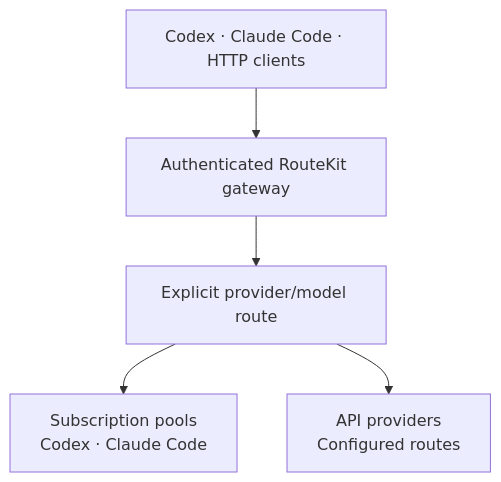
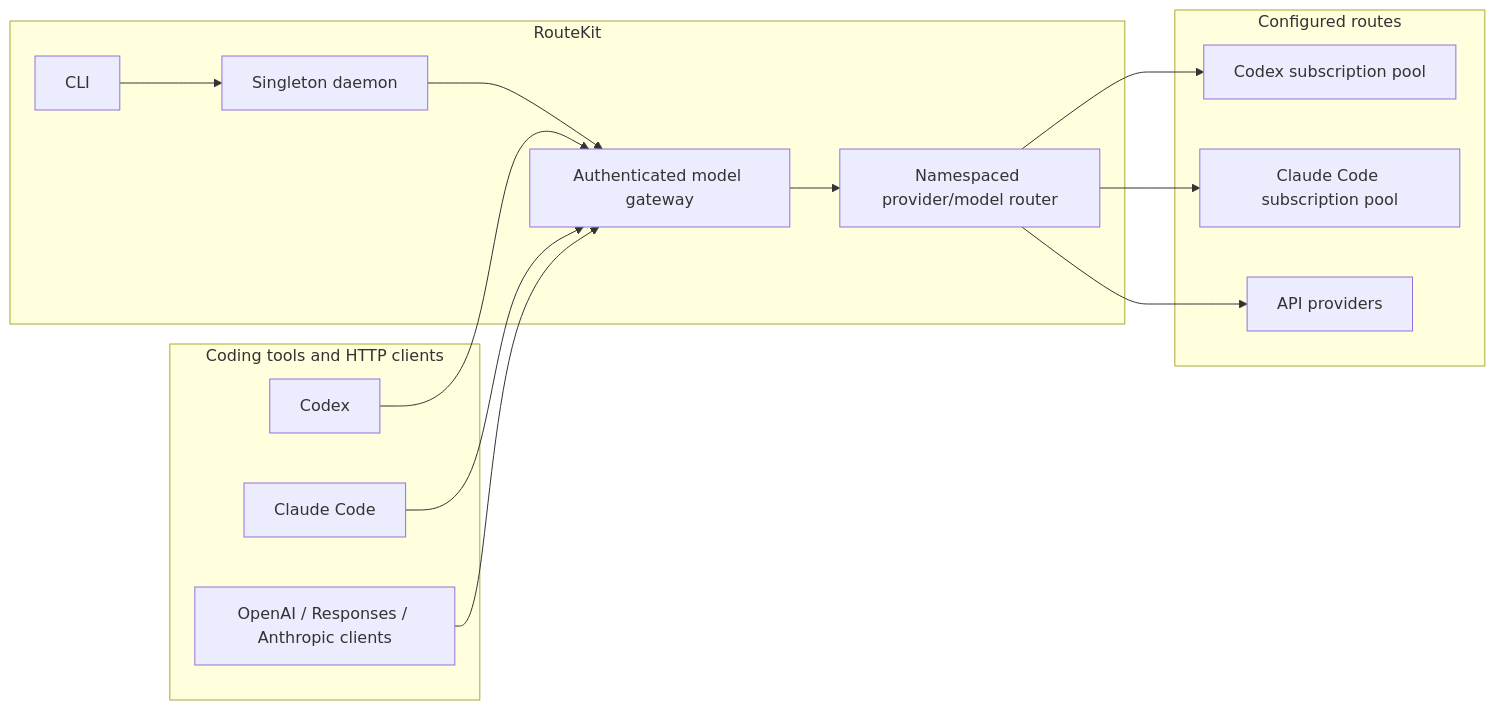
The diagram in README.md (velum-labs/routekit), drawn with Mermaid before and after one commit. The commit also changed other lines of this file, not shown here.

````diff
--- a/README.md
+++ b/README.md
@@ -137,12 +151,30 @@
 ```mermaid
-flowchart TD
-    clients["Codex · Claude Code · HTTP clients"]
-    gateway["Authenticated RouteKit gateway"]
-    route["Explicit provider/model route"]
-    subscriptions["Subscription pools<br/>Codex · Claude Code"]
-    providers["API providers<br/>Configured routes"]
+flowchart LR
+    subgraph Clients["Coding tools and HTTP clients"]
+        Codex["Codex"]
+        Claude["Claude Code"]
+        HTTP["OpenAI / Responses / Anthropic clients"]
+    end
 
-    clients --> gateway --> route
-    route --> subscriptions
-    route --> providers
+    subgraph RouteKit["RouteKit"]
+        CLI["CLI"]
+        Daemon["Singleton daemon"]
+        Gateway["Authenticated model gateway"]
+        Router["Namespaced provider/model router"]
+        CLI --> Daemon
+        Daemon --> Gateway --> Router
+    end
+
+    subgraph Routes["Configured routes"]
+        CodexPool["Codex subscription pool"]
+        ClaudePool["Claude Code subscription pool"]
+        APIs["API providers"]
+    end
+
+    Codex --> Gateway
+    Claude --> Gateway
+    HTTP --> Gateway
+    Router --> CodexPool
+    Router --> ClaudePool
+    Router --> APIs
 ```
````
